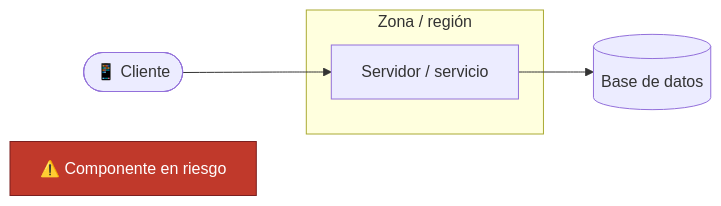
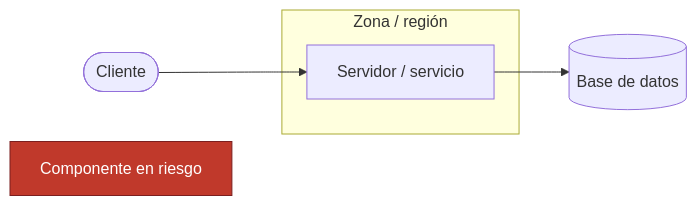
The first of 7 diagrams in clase/guia_paso_a_paso_infraestructura.md (CesarAVegaF312/AREM-Taller_4_Infraestructura), drawn with Mermaid before and after one commit. The commit also changed other lines of this file and 5 other files, not shown here.

````diff
--- a/clase/guia_paso_a_paso_infraestructura.md
+++ b/clase/guia_paso_a_paso_infraestructura.md
@@ -19,16 +19,16 @@
 ```mermaid
 flowchart LR
-    cli(["📱 Cliente"])
+    cli(["Cliente"])
     srv["Servidor / servicio"]
     db[("Base de datos")]
-    risk["⚠️ Componente en riesgo"]
+    risk["Componente en riesgo"]
 
     subgraph zona["Zona / región"]
         srv
     end
 
     cli --> srv --> db
 
     classDef risk fill:#c0392b,color:#fff,stroke:#7b1f1f;
     class risk risk
 ```
````
